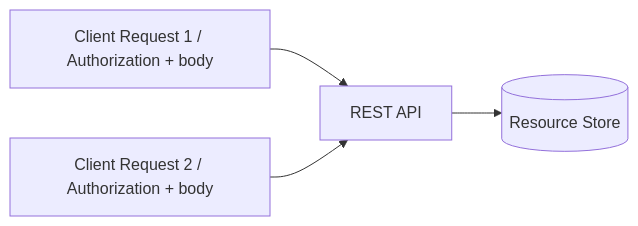
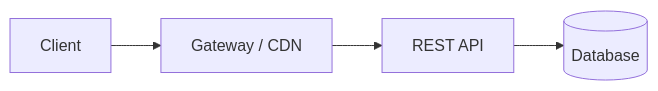
Before and after one commit to hareramcse/SystemDesign: the third of 33 diagrams in 07-api-design/README.md, drawn with Mermaid. The commit also changed other lines of this file, not shown here.

````diff
--- a/07-api-design/README.md
+++ b/07-api-design/README.md
@@ -117,6 +205,6 @@
 ```mermaid
 flowchart LR
-    C1[Client Request 1 / Authorization + body] --> API[REST API]
-    C2[Client Request 2 / Authorization + body] --> API
-    API --> DB[(Resource Store)]
+    C[Client] --> GW[Gateway / CDN]
+    GW --> API[REST API]
+    API --> DB[(Database)]
 ```
````
